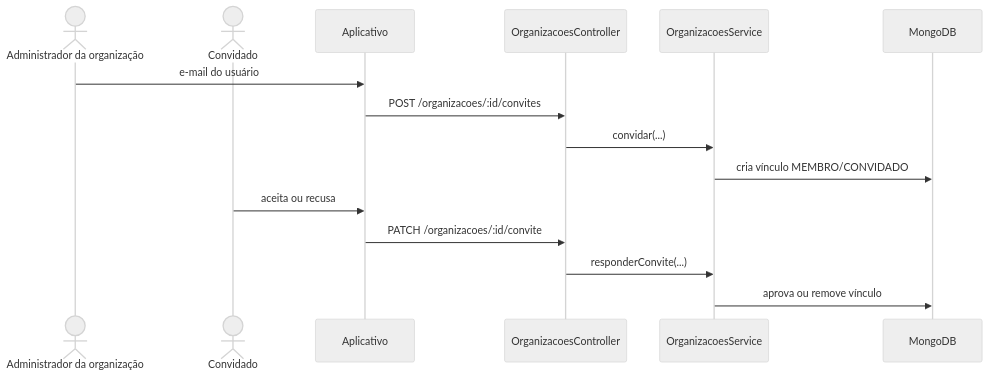
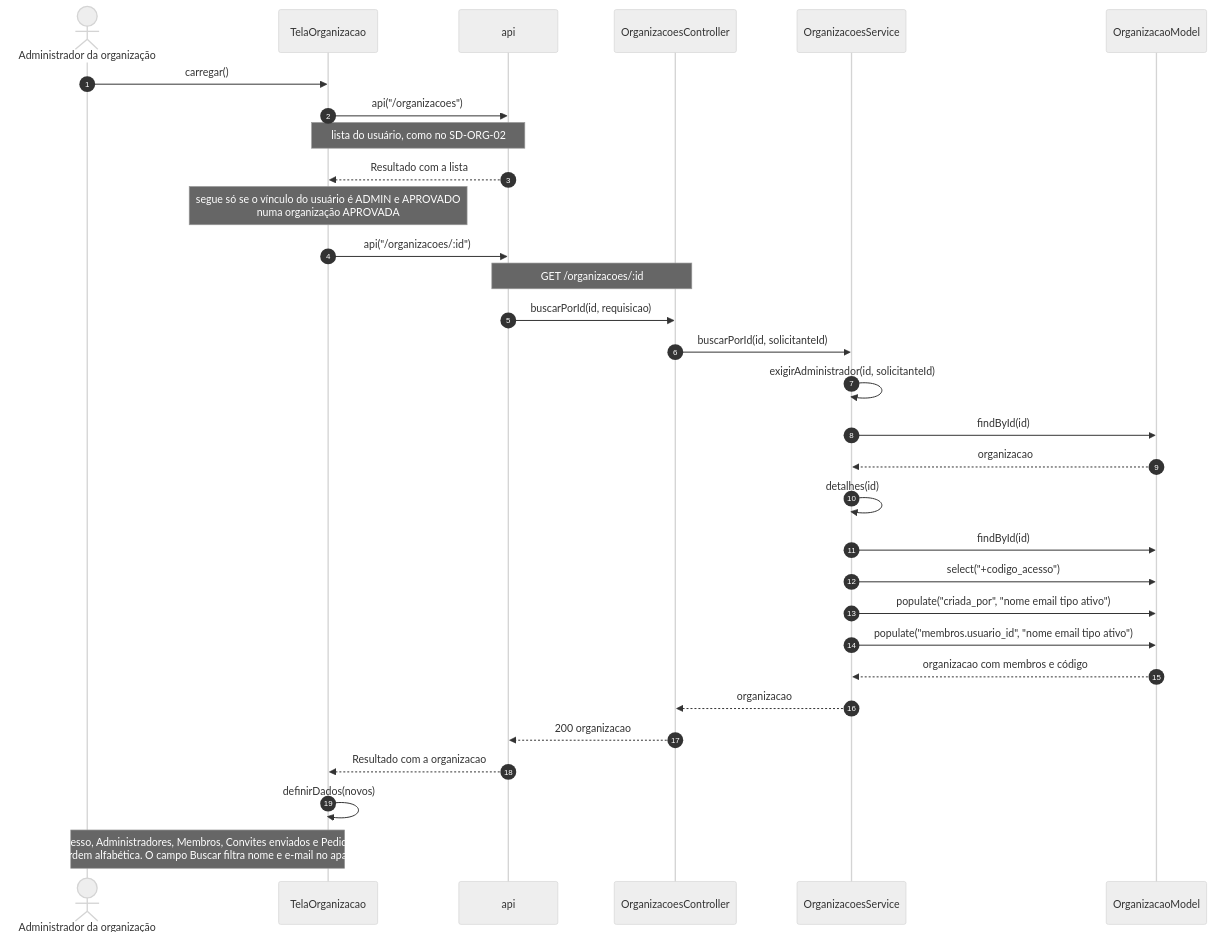
One commit to Conecta-IFSP/DOCUMENTATION changed diagram 15 of 15 in 2 - Incremento1/cadastro-organizacao/6 - diagramas-sequencia-cadastro-organizacao.md. Above: the diagram before and after it, drawn with Mermaid (neutral theme). The commit also changed other lines of this file and 54 other files, not shown here.

````diff
--- a/2 - Incremento1/cadastro-organizacao/6 - diagramas-sequencia-cadastro-organizacao.md
+++ b/2 - Incremento1/cadastro-organizacao/6 - diagramas-sequencia-cadastro-organizacao.md
@@ -102,17 +593,33 @@
 ```mermaid
 sequenceDiagram
-    actor A as Administrador da organização
-    actor U as Convidado
-    participant T as Aplicativo
+    autonumber
+    actor U as Administrador da organização
+    participant T as TelaOrganizacao
+    participant A as api
     participant C as OrganizacoesController
     participant S as OrganizacoesService
-    participant DB as MongoDB
-    A->>T: e-mail do usuário
-    T->>C: POST /organizacoes/:id/convites
-    C->>S: convidar(...)
-    S->>DB: cria vínculo MEMBRO/CONVIDADO
-    U->>T: aceita ou recusa
-    T->>C: PATCH /organizacoes/:id/convite
-    C->>S: responderConvite(...)
-    S->>DB: aprova ou remove vínculo
+    participant M as OrganizacaoModel
+    U->>T: carregar()
+    T->>A: api("/organizacoes")
+    Note over T,A: lista do usuário, como no SD-ORG-02
+    A-->>T: Resultado com a lista
+    Note over T: segue só se o vínculo do usuário é ADMIN e APROVADO<br/>numa organização APROVADA
+    T->>A: api("/organizacoes/:id")
+    Note over A,C: GET /organizacoes/:id
+    A->>C: buscarPorId(id, requisicao)
+    C->>S: buscarPorId(id, solicitanteId)
+    S->>S: exigirAdministrador(id, solicitanteId)
+    S->>M: findById(id)
+    M-->>S: organizacao
+    S->>S: detalhes(id)
+    S->>M: findById(id)
+    S->>M: select("+codigo_acesso")
+    S->>M: populate("criada_por", "nome email tipo ativo")
+    S->>M: populate("membros.usuario_id", "nome email tipo ativo")
+    M-->>S: organizacao com membros e código
+    S-->>C: organizacao
+    C-->>A: 200 organizacao
+    A-->>T: Resultado com a organizacao
+    T->>T: definirDados(novos)
+    Note over U,T: Pedidos de acesso, Administradores, Membros, Convites enviados e Pedidos recusados,<br/>em ordem alfabética. O campo Buscar filtra nome e e-mail no aparelho
 ```
````
